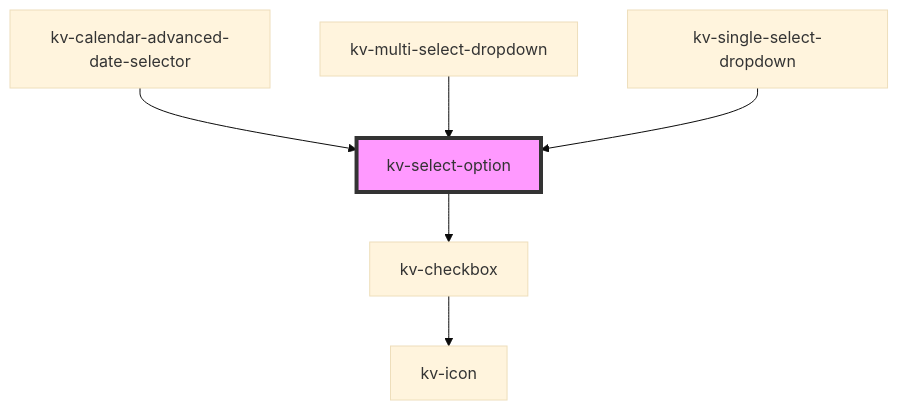
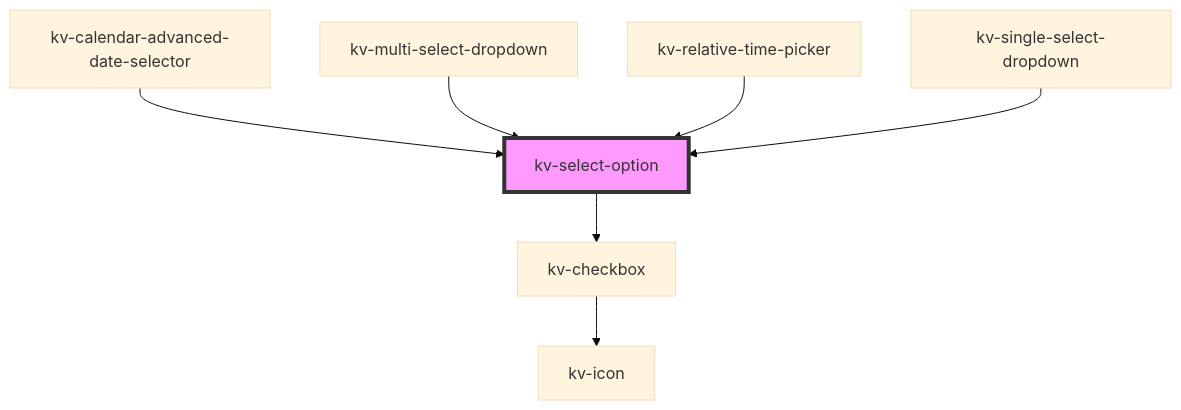
One commit to kelvininc/ui-components changed the diagram in packages/ui-components/src/components/select-option/readme.md. Above: the diagram before and after it, drawn with Mermaid (base theme). The commit also changed other lines of this file and 38 other files, not shown here.

Commit message:
feat(relative-time-picker): new relative time picker component

````diff
--- a/packages/ui-components/src/components/select-option/readme.md
+++ b/packages/ui-components/src/components/select-option/readme.md
@@ -88,9 +89,10 @@
 ```mermaid
 graph TD;
   kv-select-option --> kv-checkbox
   kv-checkbox --> kv-icon
   kv-calendar-advanced-date-selector --> kv-select-option
   kv-multi-select-dropdown --> kv-select-option
+  kv-relative-time-picker --> kv-select-option
   kv-single-select-dropdown --> kv-select-option
   style kv-select-option fill:#f9f,stroke:#333,stroke-width:4px
 ```
````
